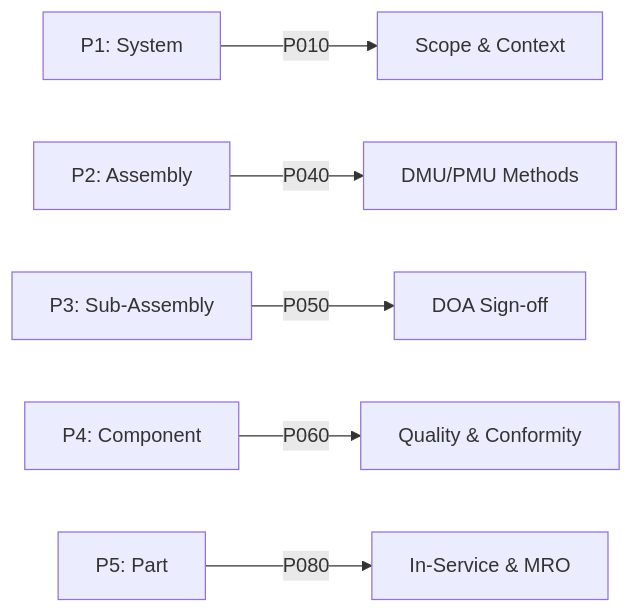
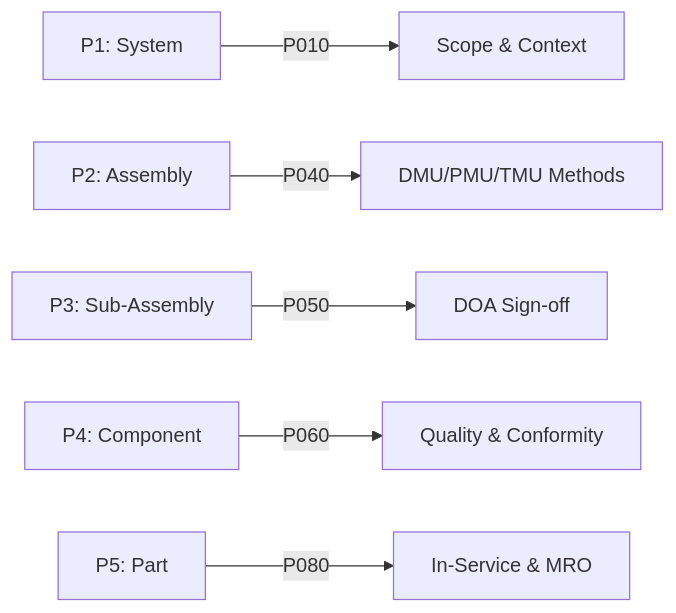
Before and after one commit to AmedeoPelliccia/AmedeoPelliccia: the second of 4 diagrams in ESSA/IPSN.md, drawn with Mermaid. The commit also changed other lines of this file and 1 other file, not shown here.

Commit message:
Add DMU/PMU/TMU three-tier mock-up taxonomy to IPSN specification

````diff
--- a/ESSA/IPSN.md
+++ b/ESSA/IPSN.md
@@ -176,8 +176,8 @@
 ```mermaid
 graph LR
     P1["P1: System"] -->|P010| SCOPE["Scope & Context"]
-    P2["P2: Assembly"] -->|P040| DMU["DMU/PMU Methods"]
+    P2["P2: Assembly"] -->|P040| DMU["DMU/PMU/TMU Methods"]
     P3["P3: Sub-Assembly"] -->|P050| DOA["DOA Sign-off"]
     P4["P4: Component"] -->|P060| CE["Quality & Conformity"]
     P5["P5: Part"] -->|P080| MRO["In-Service & MRO"]
 ```
````
